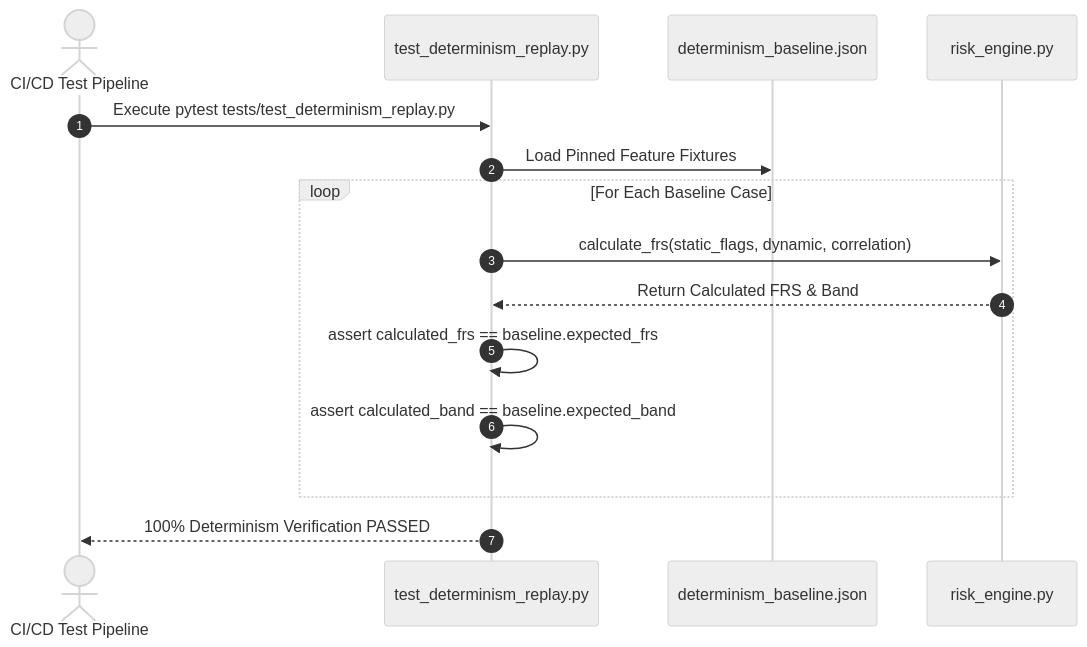
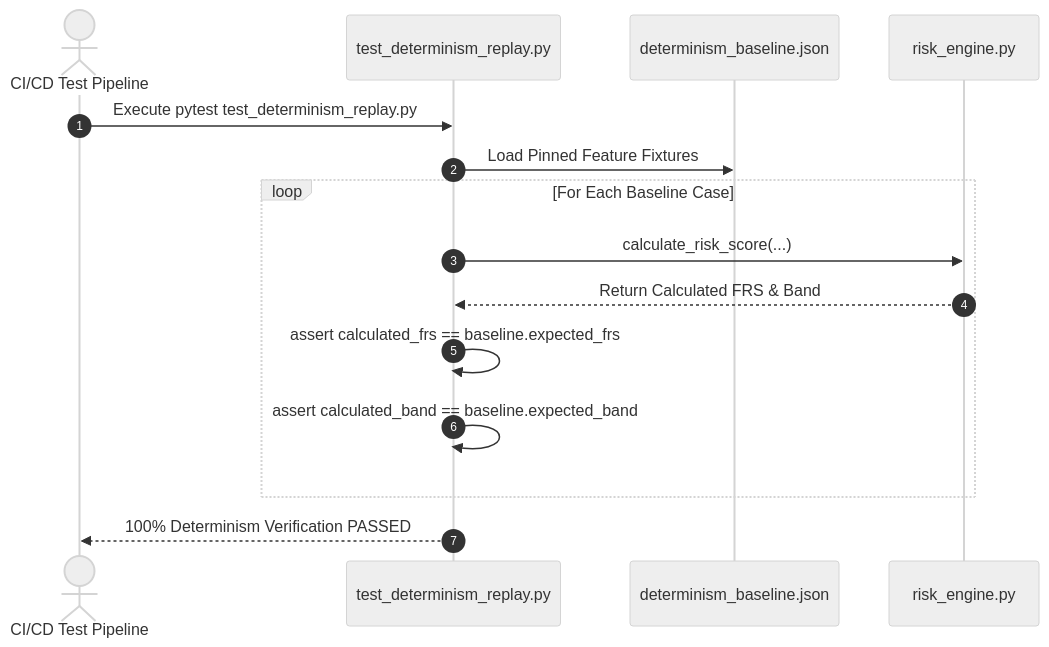
The second of 2 diagrams in docs/evaluation/11_EVALUATION.md (SanTiwari07/Sudarshan), drawn with Mermaid (neutral theme) before and after one commit. The commit also changed other lines of this file and 39 other files, not shown here.

````diff
--- a/docs/evaluation/11_EVALUATION.md
+++ b/docs/evaluation/11_EVALUATION.md
@@ -91,18 +95,18 @@
 ```mermaid
 sequenceDiagram
     autonumber
     actor CI as CI/CD Test Pipeline
     participant Runner as test_determinism_replay.py
     participant Base as determinism_baseline.json
     participant Risk as risk_engine.py
 
-    CI->>Runner: Execute pytest tests/test_determinism_replay.py
+    CI->>Runner: Execute pytest test_determinism_replay.py
     Runner->>Base: Load Pinned Feature Fixtures
     loop For Each Baseline Case
-        Runner->>Risk: calculate_frs(static_flags, dynamic, correlation)
+        Runner->>Risk: calculate_risk_score(...)
         Risk-->>Runner: Return Calculated FRS & Band
         Runner->>Runner: assert calculated_frs == baseline.expected_frs
         Runner->>Runner: assert calculated_band == baseline.expected_band
     end
     Runner-->>CI: 100% Determinism Verification PASSED
 ```
````
